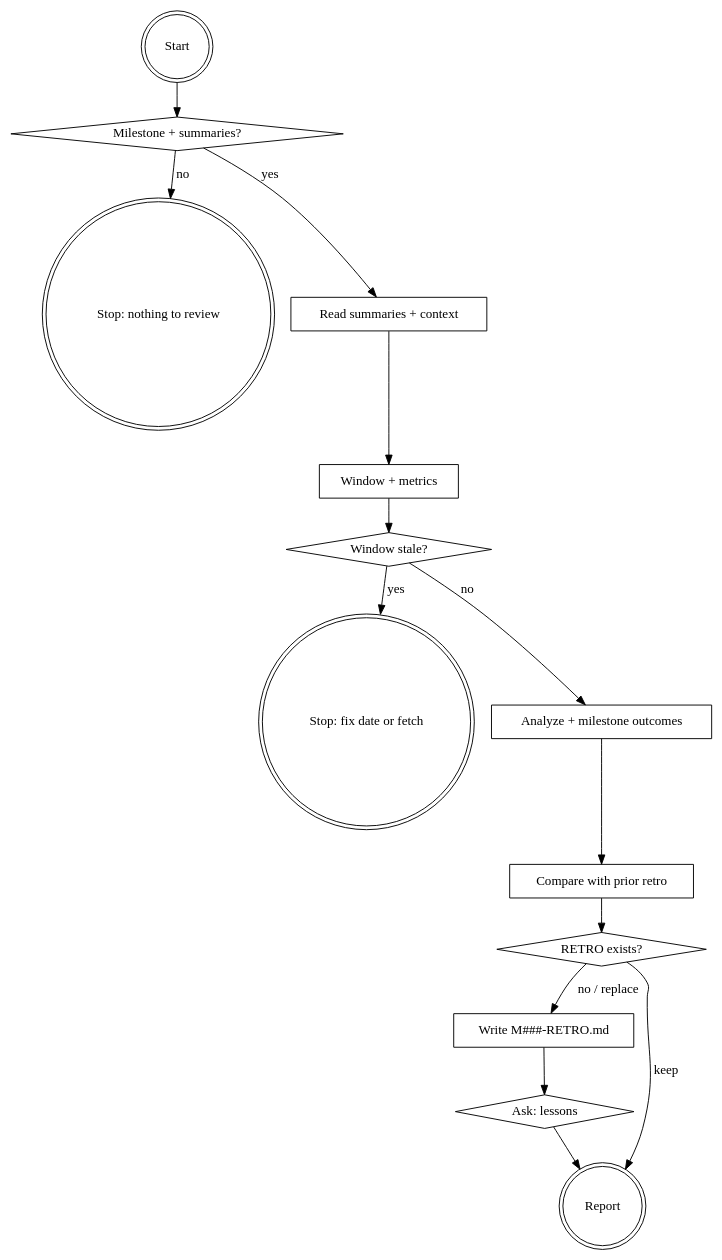
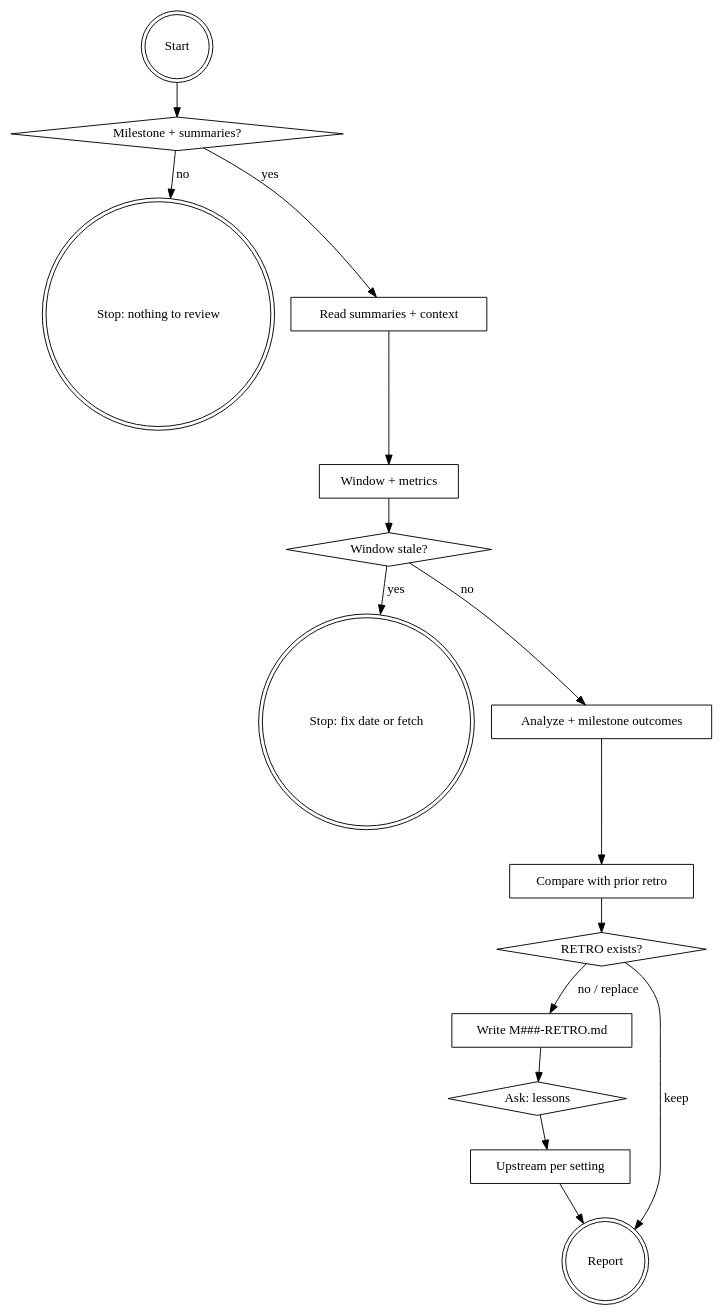
The diagram in skills/retro/SKILL.md (Yesterday-AI/ytstack), drawn with Graphviz before and after one commit. The commit also changed other lines of this file and 88 other files, not shown here.

````diff
--- a/skills/retro/SKILL.md
+++ b/skills/retro/SKILL.md
@@ -51,31 +52,33 @@
 ```dot
 digraph retro {
     "Start" [shape=doublecircle];
     "Milestone + summaries?" [shape=diamond];
     "Stop: nothing to review" [shape=doublecircle];
     "Read summaries + context" [shape=box];
     "Window + metrics" [shape=box];
     "Window stale?" [shape=diamond];
     "Stop: fix date or fetch" [shape=doublecircle];
     "Analyze + milestone outcomes" [shape=box];
     "Compare with prior retro" [shape=box];
     "RETRO exists?" [shape=diamond];
     "Write M###-RETRO.md" [shape=box];
     "Ask: lessons" [shape=diamond];
+    "Upstream per setting" [shape=box];
     "Report" [shape=doublecircle];
 
     "Start" -> "Milestone + summaries?";
     "Milestone + summaries?" -> "Stop: nothing to review" [label="no"];
     "Milestone + summaries?" -> "Read summaries + context" [label="yes"];
     "Read summaries + context" -> "Window + metrics";
     "Window + metrics" -> "Window stale?";
     "Window stale?" -> "Stop: fix date or fetch" [label="yes"];
     "Window stale?" -> "Analyze + milestone outcomes" [label="no"];
     "Analyze + milestone outcomes" -> "Compare with prior retro";
     "Compare with prior retro" -> "RETRO exists?";
     "RETRO exists?" -> "Write M###-RETRO.md" [label="no / replace"];
     "RETRO exists?" -> "Report" [label="keep"];
     "Write M###-RETRO.md" -> "Ask: lessons";
-    "Ask: lessons" -> "Report";
+    "Ask: lessons" -> "Upstream per setting";
+    "Upstream per setting" -> "Report";
 }
 ```
````
